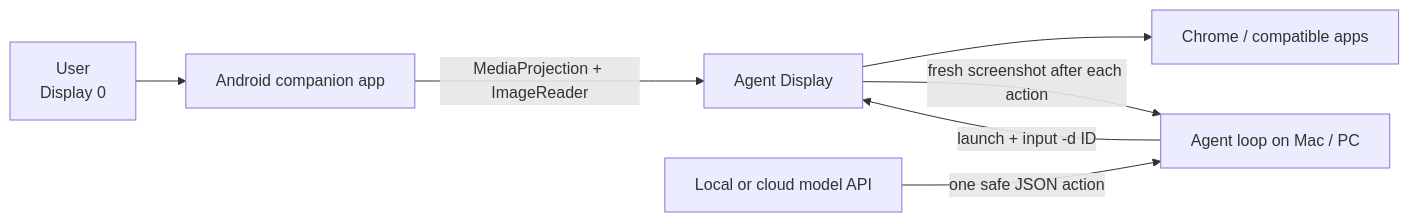
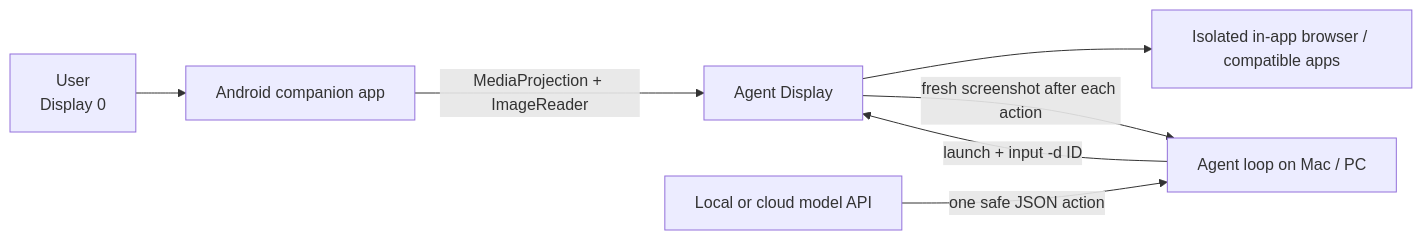
Before and after one commit to JaveyBae/openphone-agent: the diagram in README.md, drawn with Mermaid. The commit also changed other lines of this file and 7 other files, not shown here.

Commit message:
fix: isolate agent browser from owner Chrome task

````diff
--- a/README.md
+++ b/README.md
@@ -5,9 +5,9 @@
 ```mermaid
 flowchart LR
     U[User\nDisplay 0] --> A[Android companion app]
     A -->|MediaProjection + ImageReader| V[Agent Display]
     M[Agent loop on Mac / PC] -->|launch + input -d ID| V
     L[Local or cloud model API] -->|one safe JSON action| M
-    V --> C[Chrome / compatible apps]
+    V --> C[Isolated in-app browser / compatible apps]
     V -->|fresh screenshot after each action| M
 ```
````
